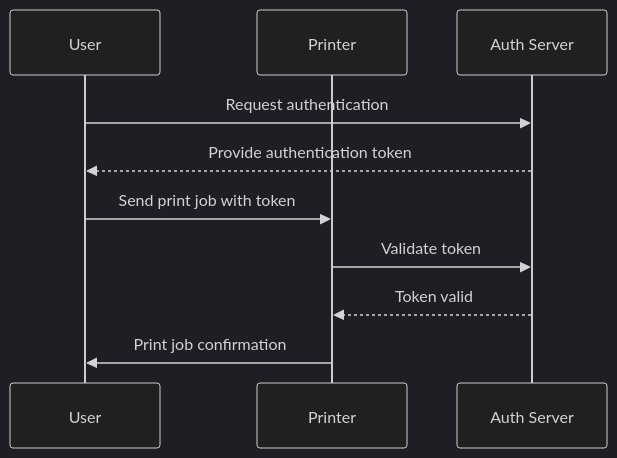
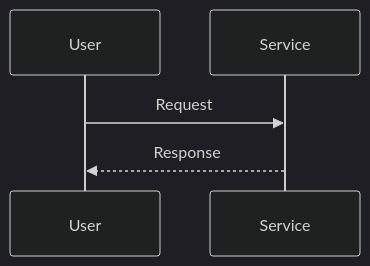
The diagram in README.md (alun-hub/secure-print), drawn with Mermaid (dark theme) before and after one commit. The commit also changed other lines of this file, not shown here.

Commit message:
Update README.md to wrap sequenceDiagram with proper Mermaid code fence

````diff
--- a/README.md
+++ b/README.md
@@ -5,13 +13,7 @@
 ```mermaid
 sequenceDiagram
     participant User
-    participant Printer
-    participant Auth Server
-
-    User->>Auth Server: Request authentication
-    Auth Server-->>User: Provide authentication token
-    User->>Printer: Send print job with token
-    Printer->>Auth Server: Validate token
-    Auth Server-->>Printer: Token valid
-    Printer->>User: Print job confirmation
+    participant Service
+    User->>Service: Request
+    Service-->>User: Response
 ```
````
